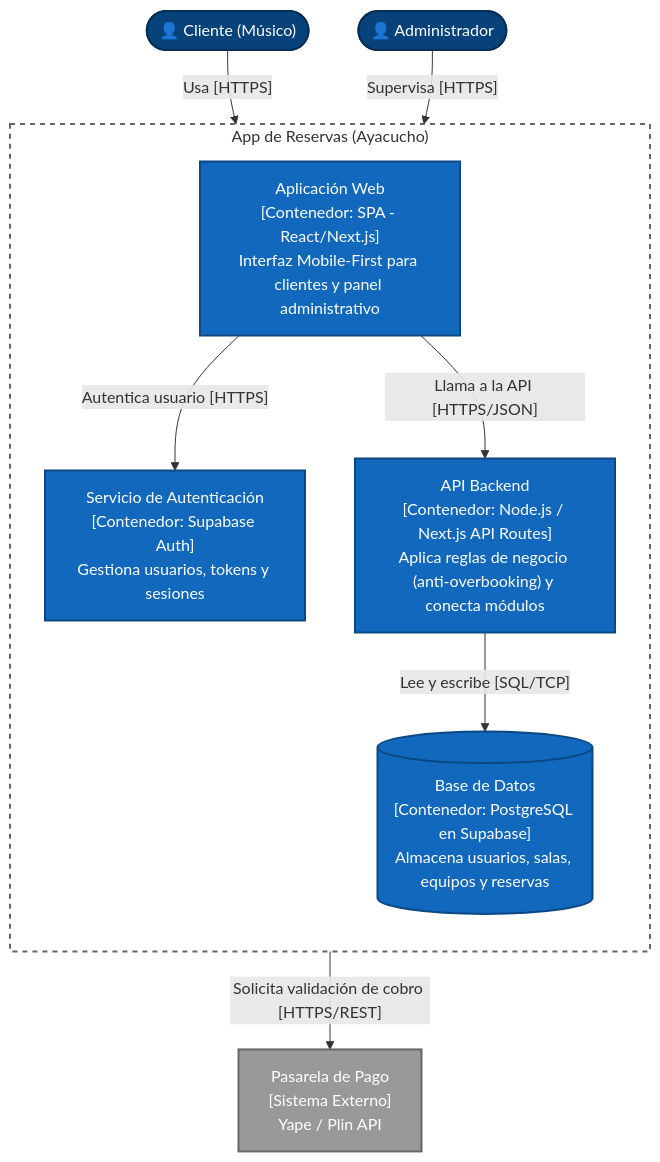
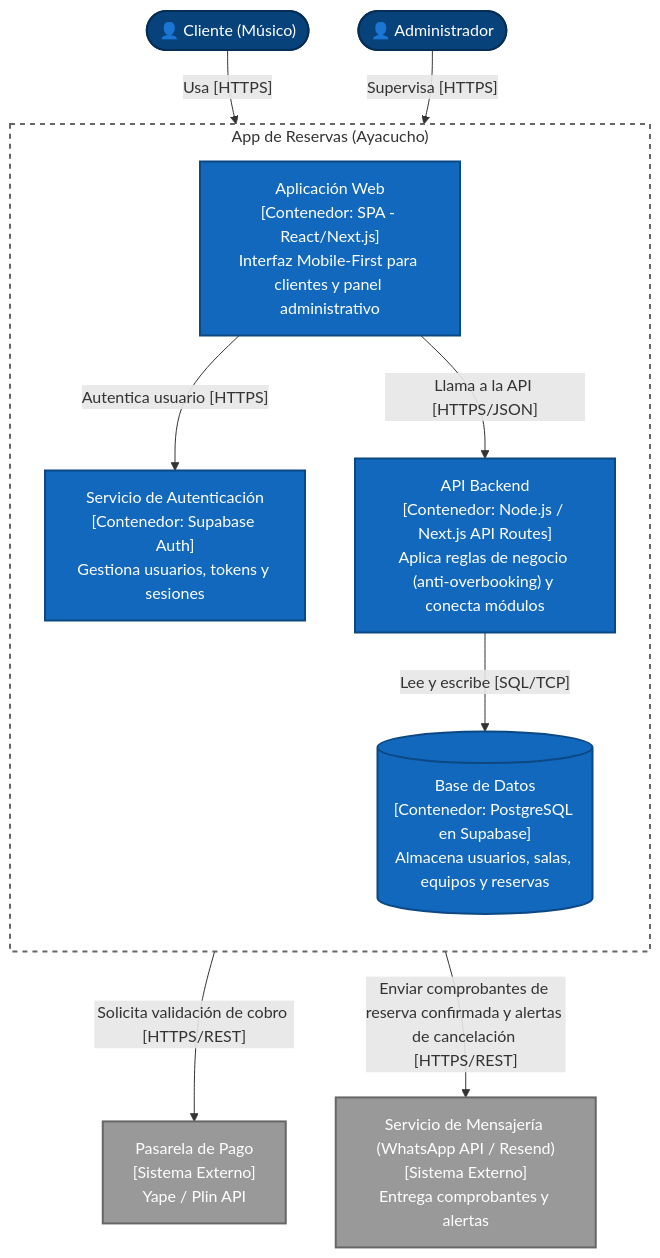
One commit to MancillaLui/app-reservas-salas-ayacucho changed the diagram in 04-modelo-c4/nivel_2_diagrama_de_contenedores.md. Above: the diagram before and after it, drawn with Mermaid. The commit also changed other lines of this file and 18 other files, not shown here.

````diff
--- a/04-modelo-c4/nivel_2_diagrama_de_contenedores.md
+++ b/04-modelo-c4/nivel_2_diagrama_de_contenedores.md
@@ -24,42 +24,46 @@
 ```mermaid
 flowchart TD;
 
     %% Actores
     Cliente(["👤 Cliente (Músico)"]);
     Admin(["👤 Administrador"]);
 
     %% Contenedores del Sistema
     subgraph SISTEMA ["App de Reservas (Ayacucho)"]
         direction TB
         WebApp["Aplicación Web<br>[Contenedor: SPA - React/Next.js]<br>Interfaz Mobile-First para clientes y panel administrativo"];
         API["API Backend<br>[Contenedor: Node.js / Next.js API Routes]<br>Aplica reglas de negocio (anti-overbooking) y conecta módulos"];
         Auth["Servicio de Autenticación<br>[Contenedor: Supabase Auth]<br>Gestiona usuarios, tokens y sesiones"];
         BD[("Base de Datos<br>[Contenedor: PostgreSQL en Supabase]<br>Almacena usuarios, salas, equipos y reservas")];
     end
 
     %% Sistemas Externos
     Pasarela["Pasarela de Pago<br>[Sistema Externo]<br>Yape / Plin API"];
 
+    Mensajeria["Servicio de Mensajería (WhatsApp API / Resend)<br>[Sistema Externo]<br>Entrega comprobantes y alertas"];
+
     %% Relaciones
     Cliente -->|"Usa [HTTPS]"| WebApp;
     Admin -->|"Supervisa [HTTPS]"| WebApp;
     
     WebApp -->|"Autentica usuario [HTTPS]"| Auth;
     WebApp -->|"Llama a la API [HTTPS/JSON]"| API;
     
     API -->|"Lee y escribe [SQL/TCP]"| BD;
     API -->|"Solicita validación de cobro [HTTPS/REST]"| Pasarela;
+
+    API -->|"Enviar comprobantes de reserva confirmada y alertas de cancelación [HTTPS/REST]"| Mensajeria;
 
     %% Estilos C4
     classDef persona fill:#08427b,color:#fff,stroke:#052e56,stroke-width:2px;
     classDef contenedor fill:#1168bd,color:#fff,stroke:#0b4884,stroke-width:2px;
     classDef baseDatos fill:#1168bd,color:#fff,stroke:#0b4884,stroke-width:2px,shape:cylinder;
     classDef externo fill:#999999,color:#fff,stroke:#666666,stroke-width:2px;
     classDef limite fill:none,stroke:#666,stroke-width:2px,stroke-dasharray: 5 5;
 
     class Cliente,Admin persona;
     class WebApp,API,Auth contenedor;
     class BD baseDatos;
-    class Pasarela externo;
+    class Pasarela,Mensajeria externo;
     class SISTEMA limite;
 ```
````
